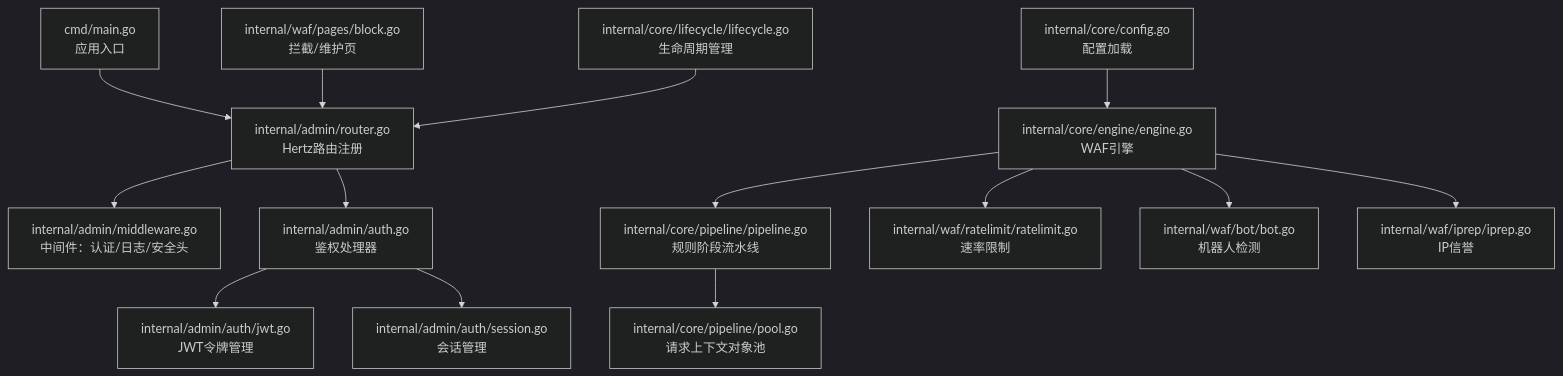
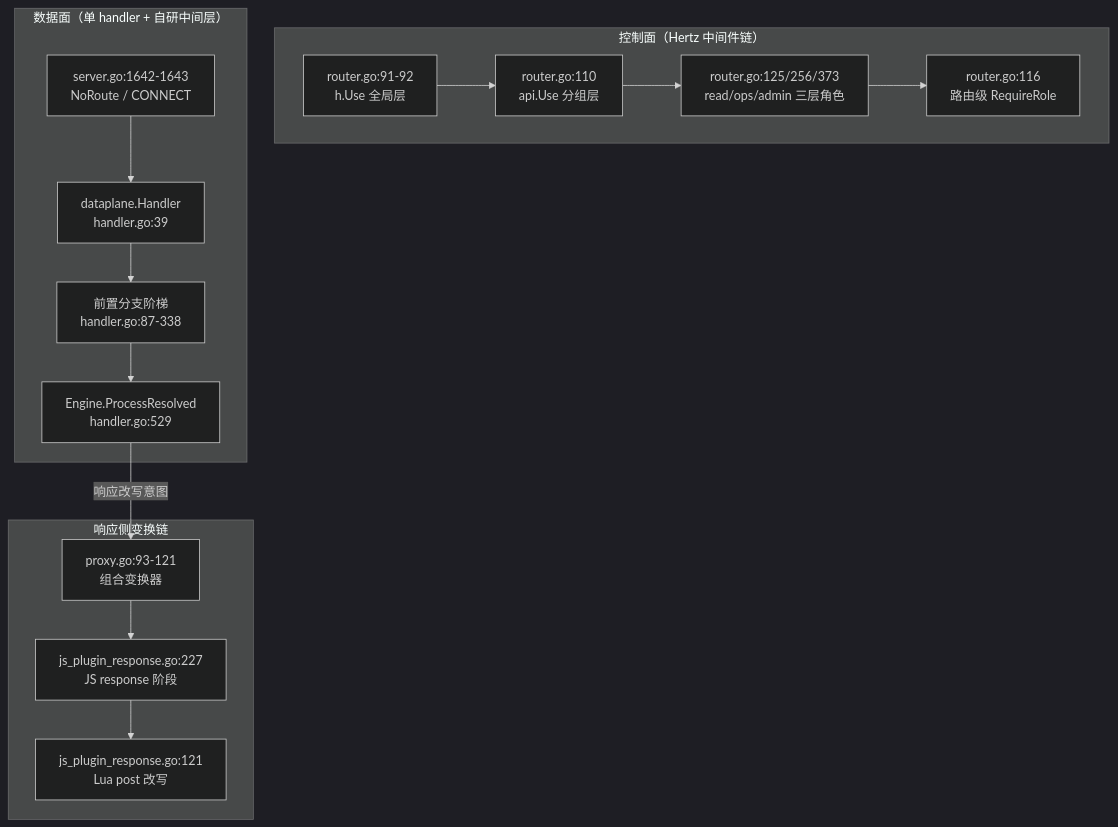
One commit to x01n/My-OpenWaf changed the first of 4 diagrams in docs/扩展与插件系统/中间件开发.md. Above: the diagram before and after it, drawn with Mermaid (dark theme). The commit also changed other lines of this file and 622 other files, not shown here.

````diff
--- a/docs/扩展与插件系统/中间件开发.md
+++ b/docs/扩展与插件系统/中间件开发.md
@@ -43,16 +79,25 @@
 ```mermaid
 graph TB
-A["cmd/main.go<br/>应用入口"] --> B["internal/admin/router.go<br/>Hertz路由注册"]
-B --> C["internal/admin/middleware.go<br/>中间件：认证/日志/安全头"]
-B --> D["internal/admin/auth.go<br/>鉴权处理器"]
-D --> E["internal/admin/auth/jwt.go<br/>JWT令牌管理"]
-D --> F["internal/admin/auth/session.go<br/>会话管理"]
-G["internal/core/engine/engine.go<br/>WAF引擎"] --> H["internal/core/pipeline/pipeline.go<br/>规则阶段流水线"]
-H --> I["internal/core/pipeline/pool.go<br/>请求上下文对象池"]
-G --> J["internal/waf/ratelimit/ratelimit.go<br/>速率限制"]
-G --> K["internal/waf/bot/bot.go<br/>机器人检测"]
-G --> L["internal/waf/iprep/iprep.go<br/>IP信誉"]
-M["internal/waf/pages/block.go<br/>拦截/维护页"] --> B
-N["internal/core/lifecycle/lifecycle.go<br/>生命周期管理"] --> B
-O["internal/core/config.go<br/>配置加载"] --> G
+  subgraph CTRL["控制面（Hertz 中间件链）"]
+    R1["router.go:91-92<br/>h.Use 全局层"]
+    R2["router.go:110<br/>api.Use 分组层"]
+    R3["router.go:125/256/373<br/>read/ops/admin 三层角色"]
+    R4["router.go:116<br/>路由级 RequireRole"]
+  end
+  subgraph DATA["数据面（单 handler + 自研中间层）"]
+    D1["server.go:1642-1643<br/>NoRoute / CONNECT"]
+    D2["dataplane.Handler<br/>handler.go:39"]
+    D3["前置分支阶梯<br/>handler.go:87-338"]
+    D4["Engine.ProcessResolved<br/>handler.go:529"]
+  end
+  subgraph RESP["响应侧变换链"]
+    P1["proxy.go:93-121<br/>组合变换器"]
+    P2["js_plugin_response.go:227<br/>JS response 阶段"]
+    P3["js_plugin_response.go:121<br/>Lua post 改写"]
+  end
+  R1 --> R2 --> R3
+  R3 --> R4
+  D1 --> D2 --> D3 --> D4
+  D4 -->|响应改写意图| P1
+  P1 --> P2 --> P3
 ```
````
